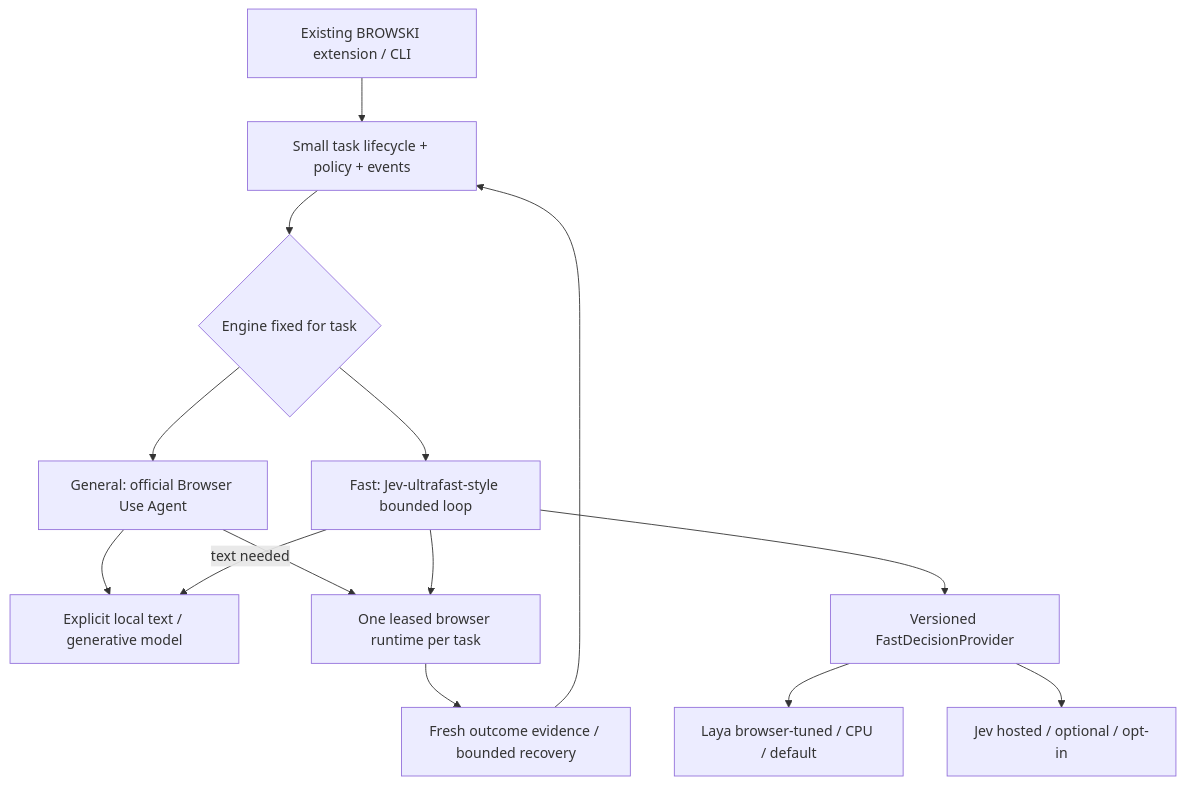
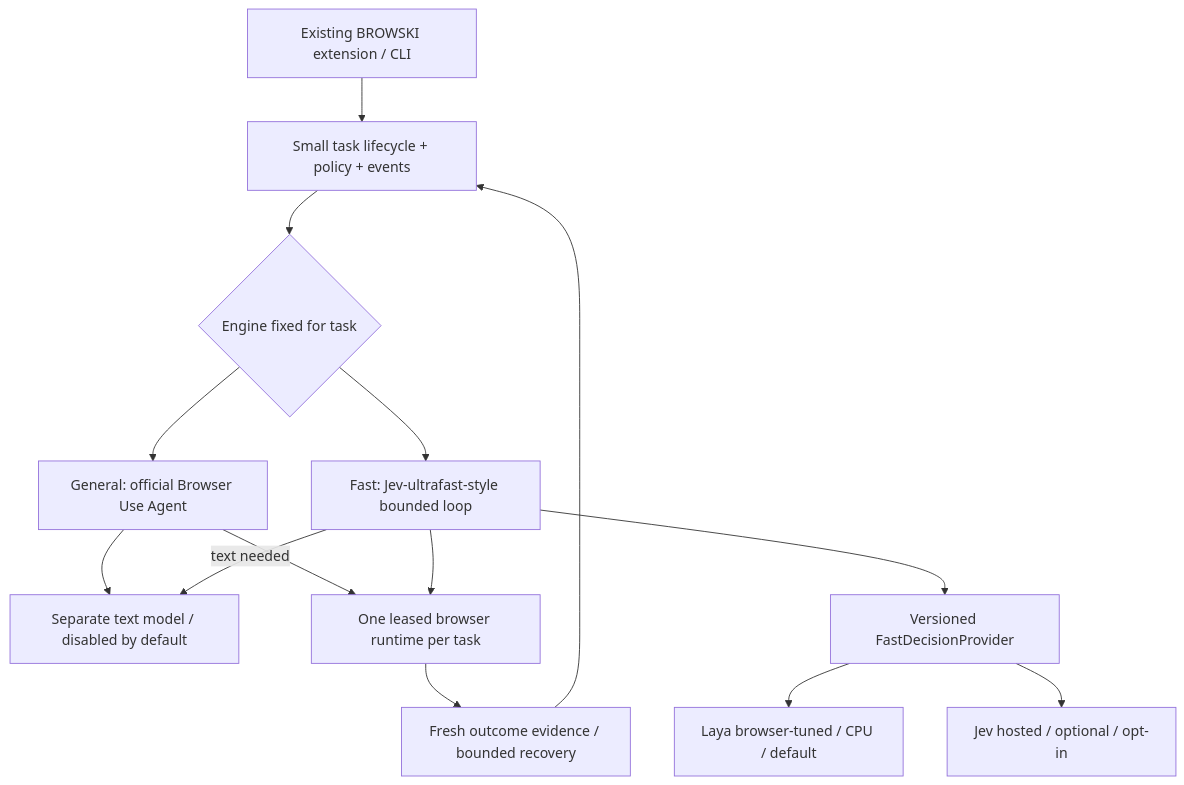
Before and after one commit to arjun-713/BrowSKI: the diagram in ARCHITECTURE_PLAN.md, drawn with Mermaid. The commit also changed other lines of this file and 12 other files, not shown here.

````diff
--- a/ARCHITECTURE_PLAN.md
+++ b/ARCHITECTURE_PLAN.md
@@ -40,16 +47,16 @@
 ```mermaid
 flowchart TD
     UI[Existing BROWSKI extension / CLI] --> Product[Small task lifecycle + policy + events]
     Product --> Choice{Engine fixed for task}
     Choice --> General[General: official Browser Use Agent]
     Choice --> Fast[Fast: Jev-ultrafast-style bounded loop]
-    General --> Text[Explicit local text / generative model]
+    General --> Text[Separate text model / disabled by default]
     Fast --> Contract[Versioned FastDecisionProvider]
     Contract --> Laya[Laya browser-tuned / CPU / default]
     Contract --> Jev[Jev hosted / optional / opt-in]
     Fast -->|text needed| Text
     General --> Browser[One leased browser runtime per task]
     Fast --> Browser
     Browser --> Verify[Fresh outcome evidence / bounded recovery]
     Verify --> Product
 ```
````
